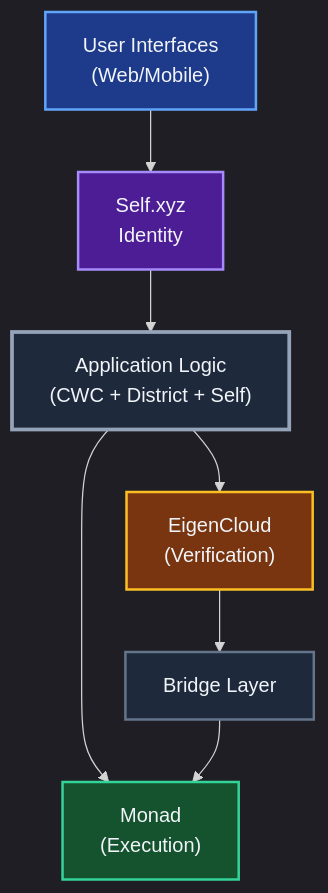
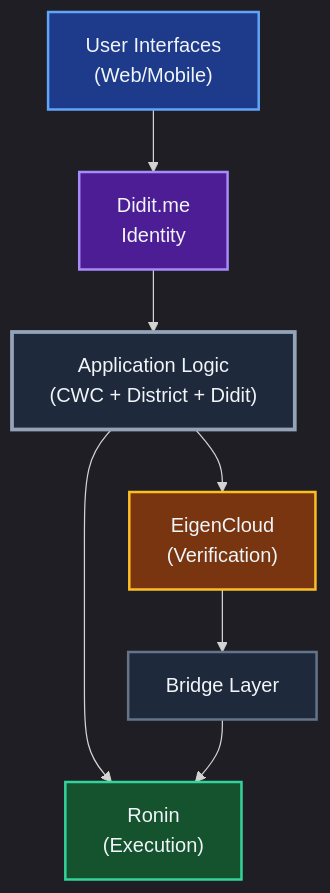
The first of 5 diagrams in docs/architecture/OVERVIEW_HYBRID_ARCHITECTURE.md (communisaas/voter-protocol), drawn with Mermaid before and after one commit. The commit also changed other lines of this file and 3 other files, not shown here.

First line of the commit message:
docs: Align architecture with actual implementation

````diff
--- a/docs/architecture/OVERVIEW_HYBRID_ARCHITECTURE.md
+++ b/docs/architecture/OVERVIEW_HYBRID_ARCHITECTURE.md
@@ -15,17 +15,17 @@
 ```mermaid
 %%{init: {'theme':'dark', 'themeVariables': { 'primaryColor':'#1e293b', 'primaryBorderColor':'#64748b', 'primaryTextColor':'#f1f5f9', 'background':'#0f172a', 'mainBkg':'#1e293b', 'secondaryBkg':'#334155'}}}%%
 flowchart TB
-  UI["User Interfaces<br/>(Web/Mobile)"] --> Self["Self.xyz<br/>Identity"]
-  Self --> App["Application Logic<br/>(CWC + District + Self)"]
-  App --> Monad["Monad<br/>(Execution)"]
+  UI["User Interfaces<br/>(Web/Mobile)"] --> Didit["Didit.me<br/>Identity"]
+  Didit --> App["Application Logic<br/>(CWC + District + Didit)"]
+  App --> Ronin["Ronin<br/>(Execution)"]
   App --> Eigen["EigenCloud<br/>(Verification)"]
   Eigen --> Bridge["Bridge Layer"]
-  Bridge --> Monad
+  Bridge --> Ronin
   
   style UI fill:#1e3a8a,stroke:#60a5fa,stroke-width:2px,color:#f1f5f9
-  style Self fill:#4c1d95,stroke:#a78bfa,stroke-width:2px,color:#f1f5f9
+  style Didit fill:#4c1d95,stroke:#a78bfa,stroke-width:2px,color:#f1f5f9
   style App fill:#1e293b,stroke:#94a3b8,stroke-width:3px,color:#f1f5f9
-  style Monad fill:#14532d,stroke:#34d399,stroke-width:2px,color:#f1f5f9
+  style Ronin fill:#14532d,stroke:#34d399,stroke-width:2px,color:#f1f5f9
   style Eigen fill:#78350f,stroke:#fbbf24,stroke-width:2px,color:#f1f5f9
   style Bridge fill:#1e293b,stroke:#64748b,stroke-width:2px,color:#f1f5f9
 ```
````
